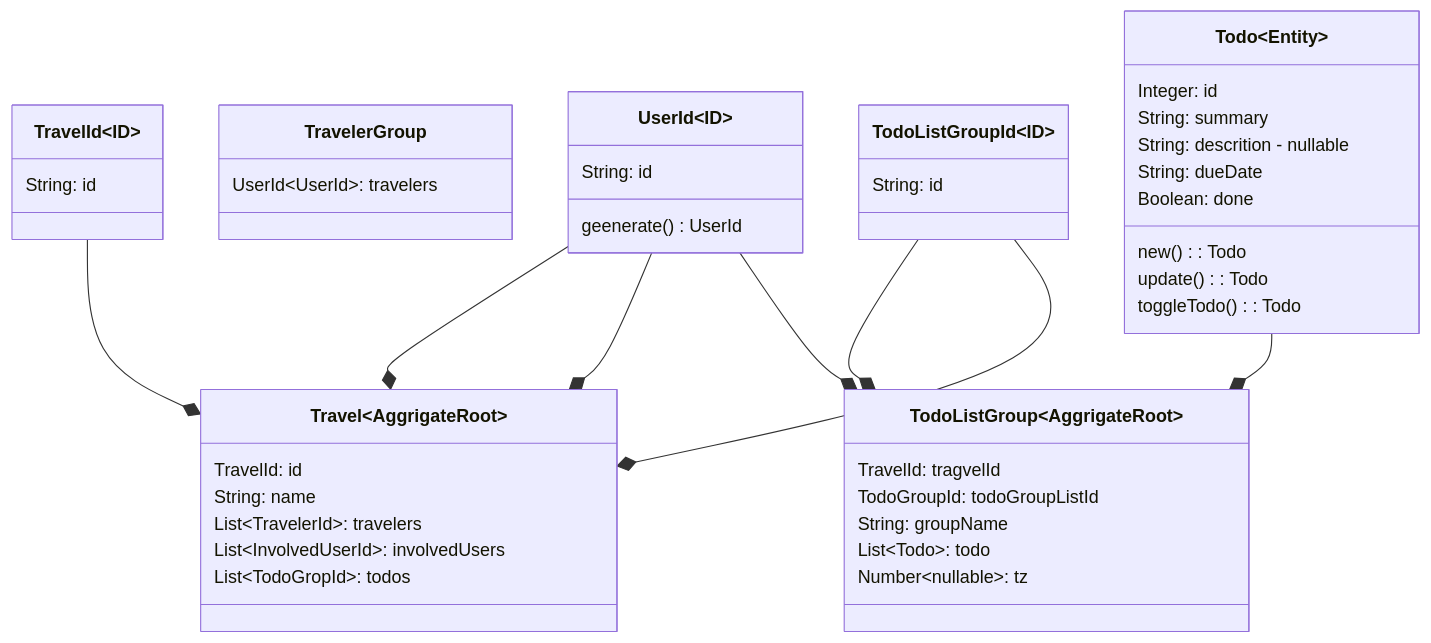
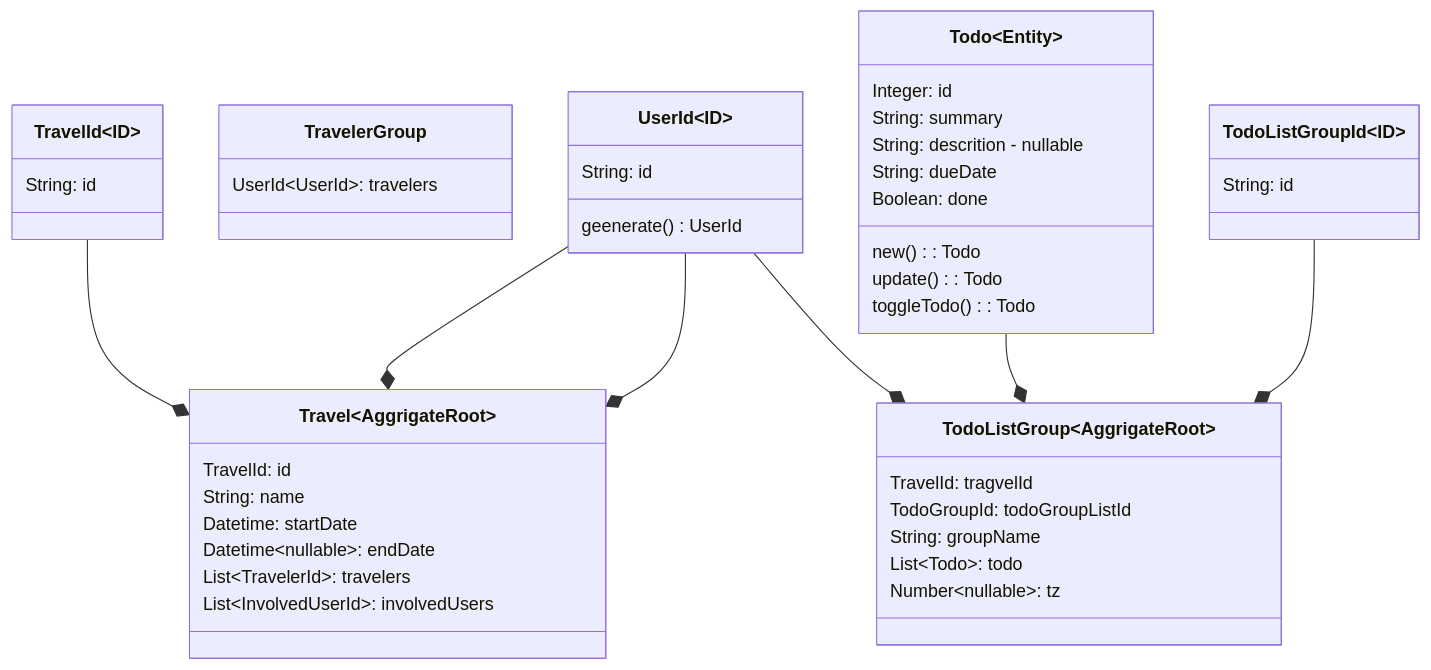
The second of 2 diagrams in docs/project/docs/models/models.md (hitohata/WhereWereWe), drawn with Mermaid before and after one commit. The commit also changed 3 other files, not shown here.

````diff
--- a/docs/project/docs/models/models.md
+++ b/docs/project/docs/models/models.md
@@ -25,55 +25,55 @@
 ```mermaid
 classDiagram
     class TravelId~ID~ {
         String: id
     }
     
     class Travel~AggrigateRoot~ {
         TravelId: id
-        String: name    
+        String: name
+        Datetime: startDate
+        Datetime~nullable~: endDate
         List~TravelerId~: travelers
         List~InvolvedUserId~: involvedUsers
-        List~TodoGropId~: todos
     }
     
     class TravelerGroup {
         UserId~UserId~: travelers
     }
     
     class UserId~ID~ {
         String: id
         geenerate() UserId
     }
     
     class TodoListGroupId~ID~ {
         String: id
     }
     
     class TodoListGroup~AggrigateRoot~ {
         TravelId: tragvelId
         TodoGroupId: todoGroupListId
         String: groupName 
         List~Todo~: todo
         Number~nullable~: tz
     }
     
     class Todo~Entity~ {
         Integer: id
         String: summary
         String: descrition - nullable
         String: dueDate
         Boolean: done
         new(): Todo
         update(): Todo
         toggleTodo(): Todo
     }
 
     TravelId --* Travel
     UserId --* Travel
     
     UserId --* Travel
     Todo --* TodoListGroup
     TodoListGroupId --* TodoListGroup
     UserId --* TodoListGroup
-    TodoListGroupId --* Travel
 ```
````
